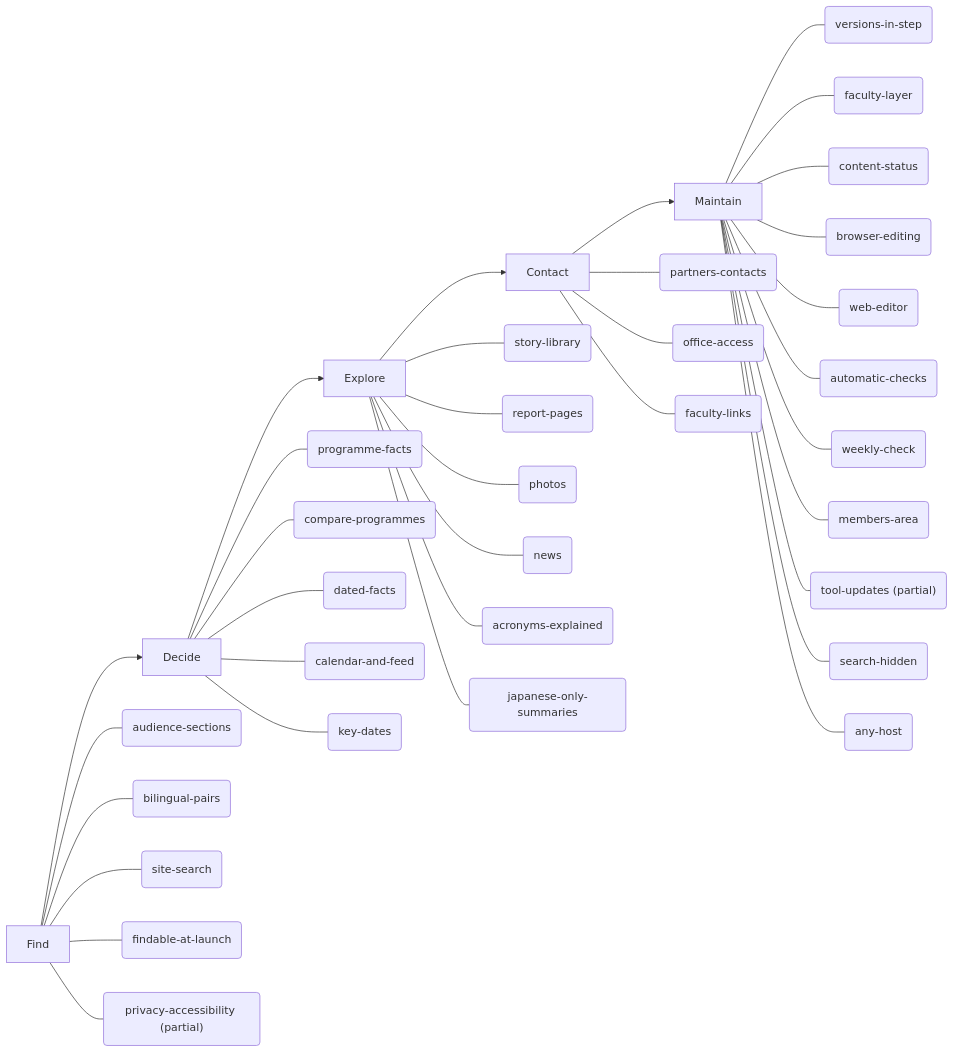
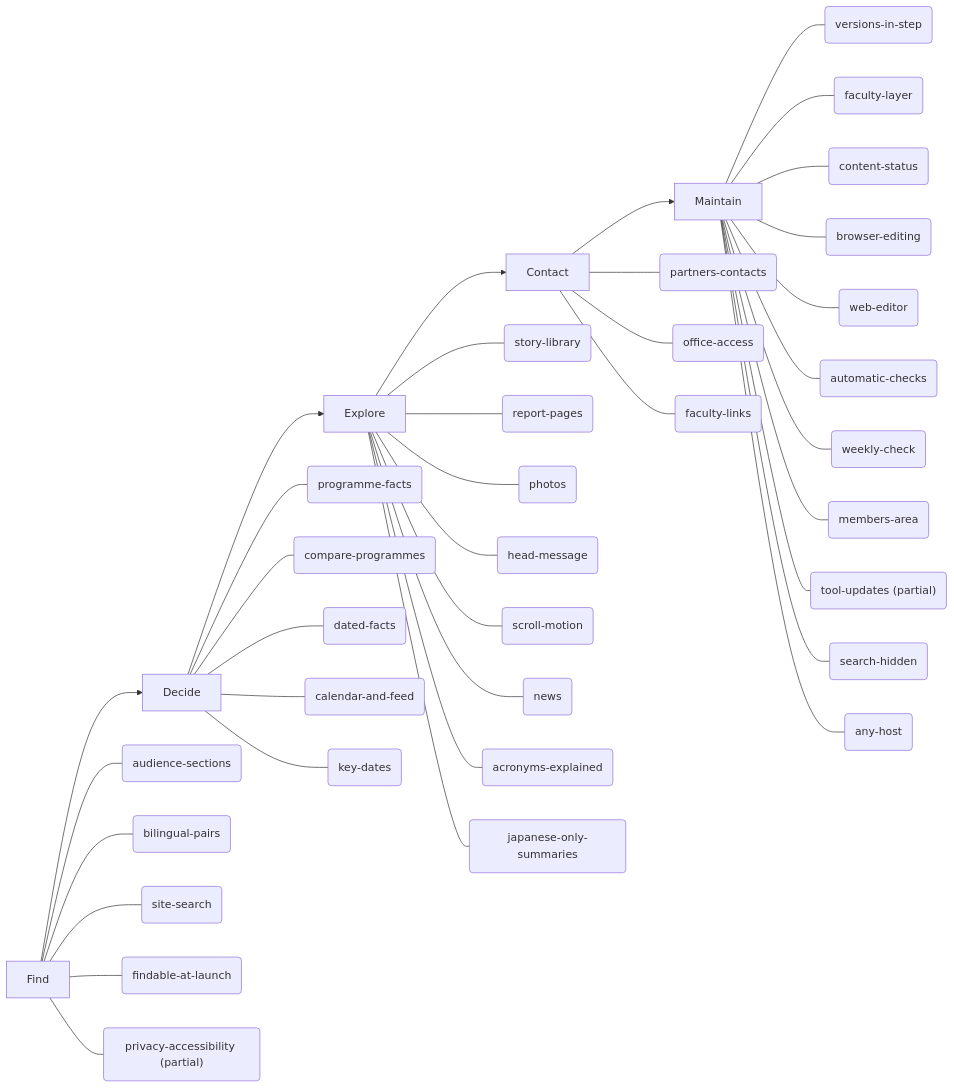
Before and after one commit to BasileChretien/nagoya-med-intl-prototype: the diagram in docs/features.md, drawn with Mermaid. The commit also changed other lines of this file and 13 other files, not shown here.

First line of the commit message:
feat: scroll motion, the Frontier-kai band and the head of the office's message (#30)

````diff
--- a/docs/features.md
+++ b/docs/features.md
@@ -5,42 +5,44 @@
 ```mermaid
 flowchart LR
   S0["Find"]
   S1["Decide"]
   S2["Explore"]
   S3["Contact"]
   S4["Maintain"]
   S0 --> S1
   S1 --> S2
   S2 --> S3
   S3 --> S4
   S0 --- audience_sections("audience-sections")
   S0 --- bilingual_pairs("bilingual-pairs")
   S1 --- programme_facts("programme-facts")
   S1 --- compare_programmes("compare-programmes")
   S1 --- dated_facts("dated-facts")
   S0 --- site_search("site-search")
   S1 --- calendar_and_feed("calendar-and-feed")
   S1 --- key_dates("key-dates")
   S2 --- story_library("story-library")
   S2 --- report_pages("report-pages")
   S2 --- photos("photos")
+  S2 --- head_message("head-message")
+  S2 --- scroll_motion("scroll-motion")
   S2 --- news("news")
   S3 --- partners_contacts("partners-contacts")
   S3 --- office_access("office-access")
   S2 --- acronyms_explained("acronyms-explained")
   S2 --- japanese_only_summaries("japanese-only-summaries")
   S3 --- faculty_links("faculty-links")
   S4 --- versions_in_step("versions-in-step")
   S4 --- faculty_layer("faculty-layer")
   S4 --- content_status("content-status")
   S4 --- browser_editing("browser-editing")
   S4 --- web_editor("web-editor")
   S4 --- automatic_checks("automatic-checks")
   S4 --- weekly_check("weekly-check")
   S4 --- members_area("members-area")
   S4 --- tool_updates("tool-updates (partial)")
   S4 --- search_hidden("search-hidden")
   S4 --- any_host("any-host")
   S0 --- findable_at_launch("findable-at-launch")
   S0 --- privacy_accessibility("privacy-accessibility (partial)")
 ```
````
